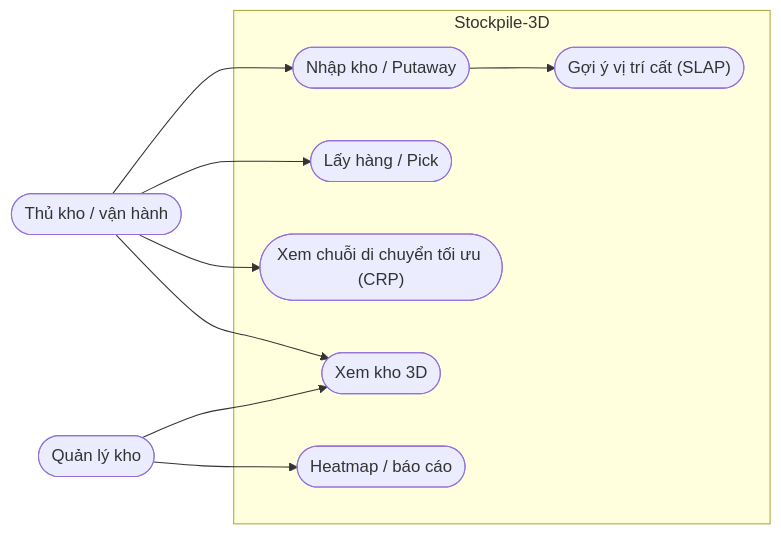
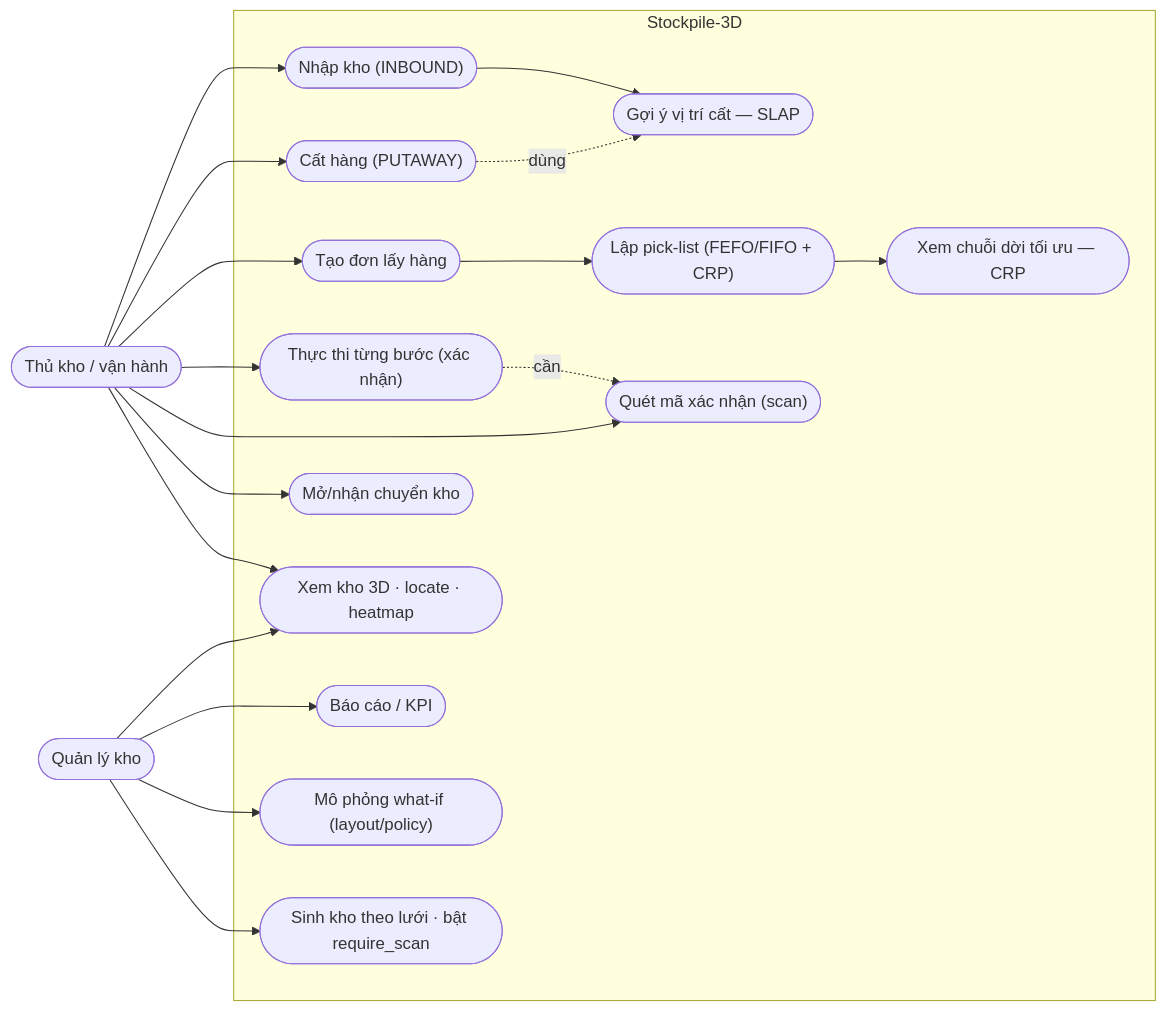
The fifth of 18 diagrams in docs/diagrams.md (nguyenichnghia/stockpile-3d), drawn with Mermaid before and after one commit. The commit also changed other lines of this file and 1 other file, not shown here.

First line of the commit message:
docs: expand design diagrams to cover all business flows (#39)

````diff
--- a/docs/diagrams.md
+++ b/docs/diagrams.md
@@ -195,22 +345,38 @@
 ```mermaid
 flowchart LR
     operator(["Thủ kho / vận hành"])
     manager(["Quản lý kho"])
 
     subgraph Stockpile-3D
-        uc1(["Nhập kho / Putaway"])
-        uc2(["Lấy hàng / Pick"])
-        uc3(["Xem chuỗi di chuyển tối ưu (CRP)"])
-        uc4(["Gợi ý vị trí cất (SLAP)"])
-        uc5(["Xem kho 3D"])
-        uc6(["Heatmap / báo cáo"])
+        uc1(["Nhập kho (INBOUND)"])
+        uc2(["Gợi ý vị trí cất — SLAP"])
+        uc3(["Cất hàng (PUTAWAY)"])
+        uc4(["Tạo đơn lấy hàng"])
+        uc5(["Lập pick-list (FEFO/FIFO + CRP)"])
+        uc6(["Xem chuỗi dời tối ưu — CRP"])
+        uc7(["Thực thi từng bước (xác nhận)"])
+        uc8(["Quét mã xác nhận (scan)"])
+        uc9(["Mở/nhận chuyển kho"])
+        uc10(["Xem kho 3D · locate · heatmap"])
+        uc11(["Báo cáo / KPI"])
+        uc12(["Mô phỏng what-if (layout/policy)"])
+        uc13(["Sinh kho theo lưới · bật require_scan"])
     end
 
     operator --> uc1
-    operator --> uc2
     operator --> uc3
-    operator --> uc5
-    uc1 --> uc4
-    manager --> uc5
-    manager --> uc6
+    operator --> uc4
+    operator --> uc7
+    operator --> uc8
+    operator --> uc9
+    operator --> uc10
+    uc1 --> uc2
+    uc3 -. dùng .-> uc2
+    uc5 --> uc6
+    uc4 --> uc5
+    uc7 -. cần .-> uc8
+    manager --> uc10
+    manager --> uc11
+    manager --> uc12
+    manager --> uc13
 ```
````
